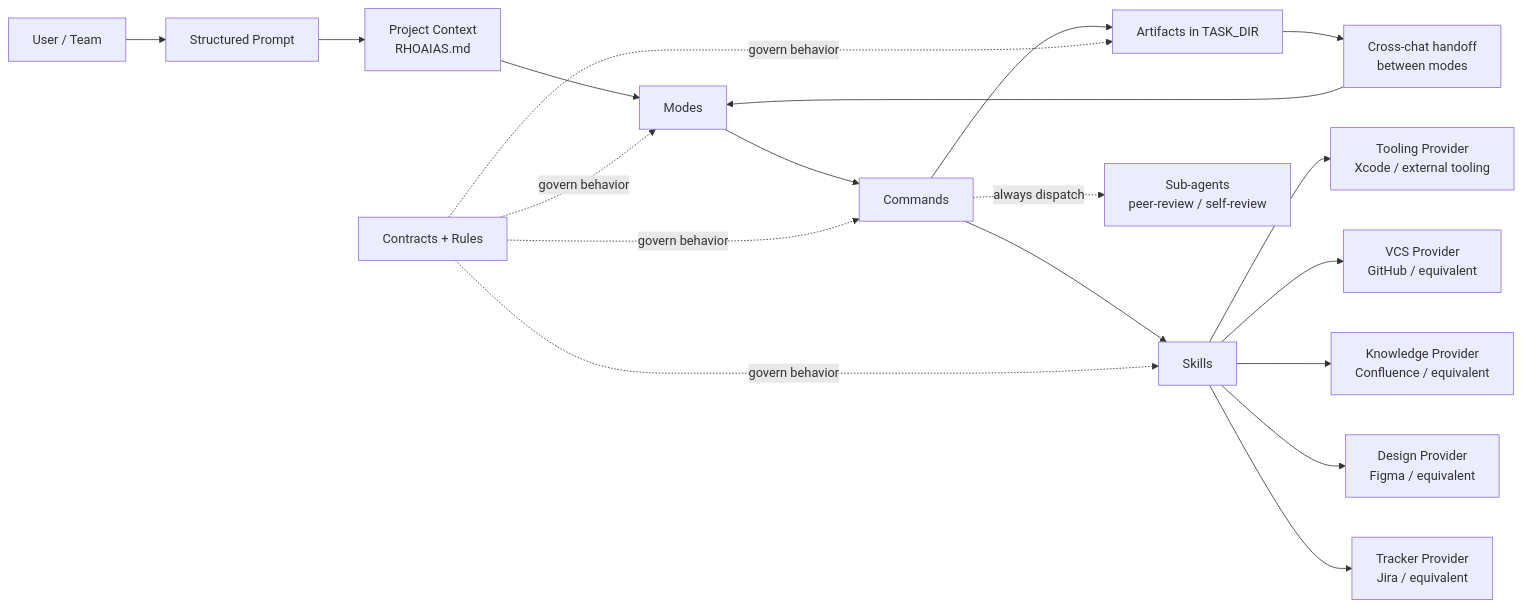
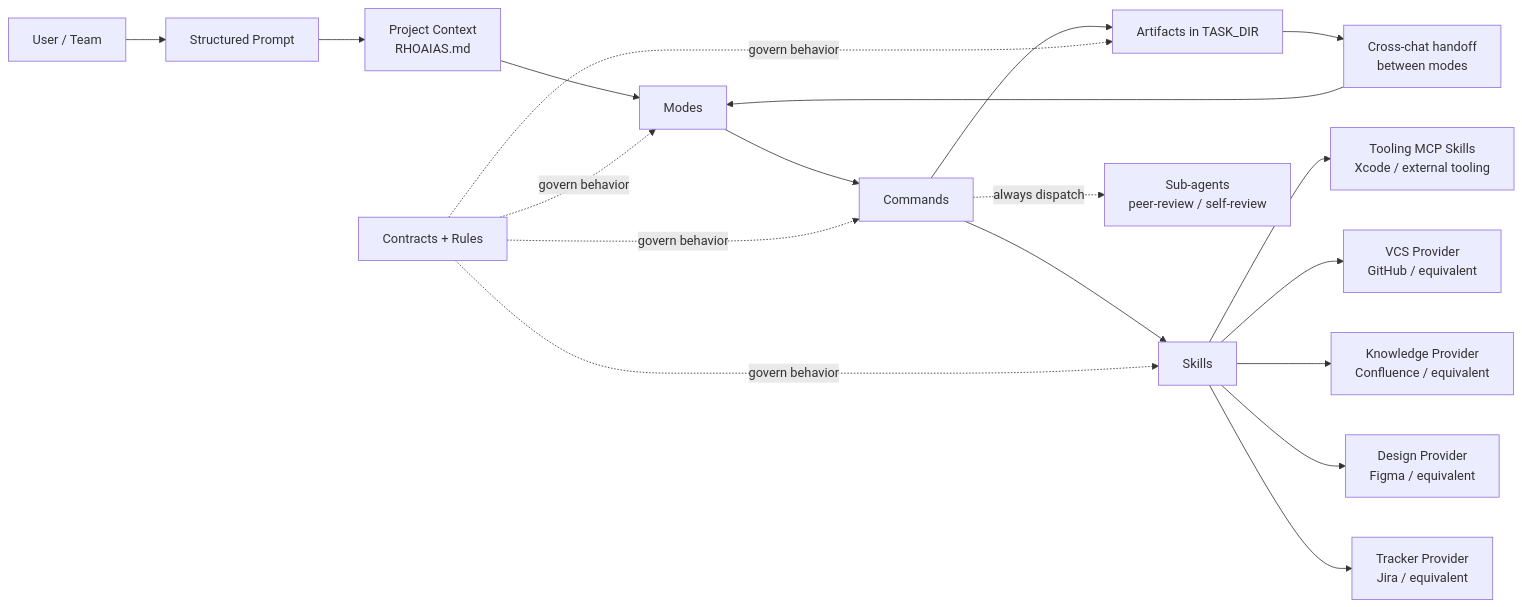
Before and after one commit to reeceGuerra/aias: the diagram in README.md, drawn with Mermaid. The commit also changed 22 other files, not shown here.

````diff
--- a/README.md
+++ b/README.md
@@ -33,21 +33,21 @@
 ```mermaid
 flowchart LR
     U[User / Team] --> SP[Structured Prompt]
     SP --> Ctx[Project Context<br/>RHOAIAS.md]
     Ctx --> M[Modes]
     M --> Cmd[Commands]
     Cmd --> Skill[Skills]
     Cmd --> Art[Artifacts in TASK_DIR]
     Cmd -.->|"always dispatch"| SubA["Sub-agents<br/>peer-review / self-review"]
     Skill --> Tracker[Tracker Provider<br/>Jira / equivalent]
     Skill --> Design[Design Provider<br/>Figma / equivalent]
     Skill --> Knowledge[Knowledge Provider<br/>Confluence / equivalent]
     Skill --> VCS[VCS Provider<br/>GitHub / equivalent]
-    Skill --> Tooling[Tooling Provider<br/>Xcode / external tooling]
+    Skill --> Tooling[Tooling MCP Skills<br/>Xcode / external tooling]
     Art --> Handoff[Cross-chat handoff<br/>between modes]
     Handoff --> M
     Contract[Contracts + Rules] -.govern behavior.-> M
     Contract -.govern behavior.-> Cmd
     Contract -.govern behavior.-> Skill
     Contract -.govern behavior.-> Art
 ```
````
